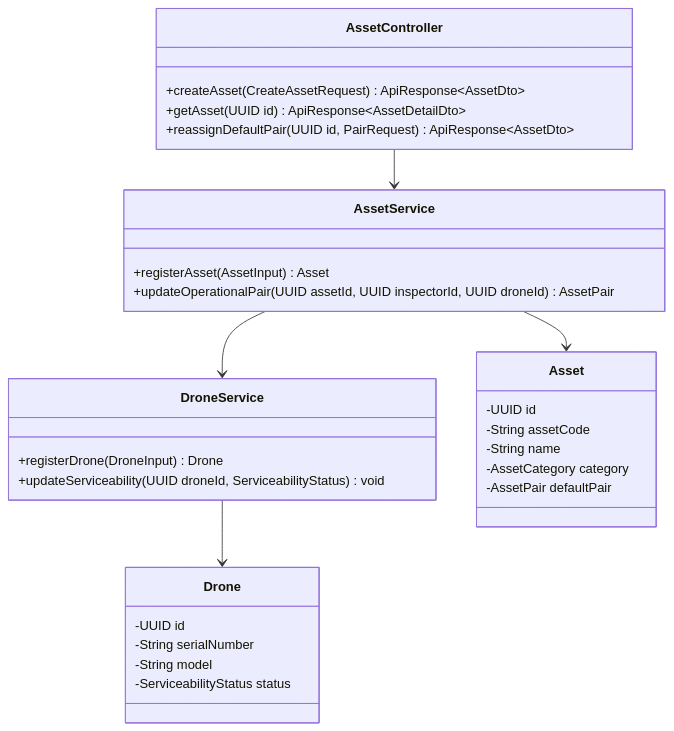
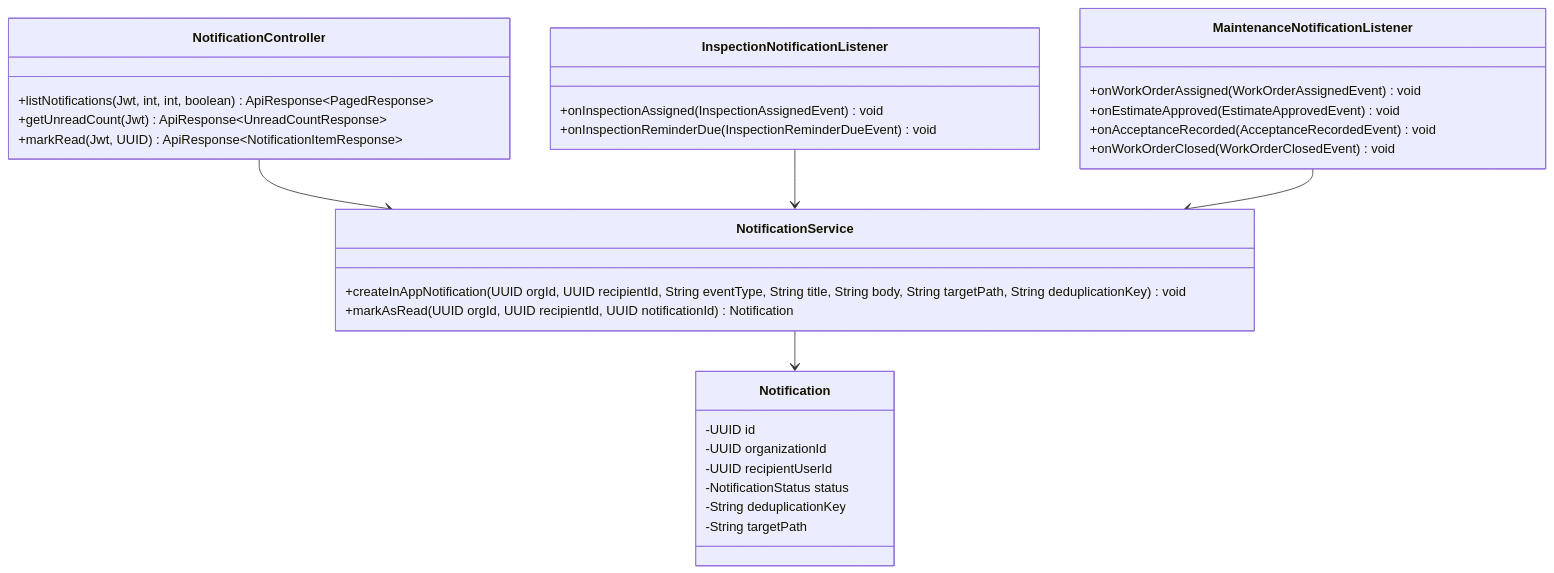
The seventh of 22 diagrams in reports/report-4-software-design-document/03-detailed-design.md (tungbach12/SmartDroneInspection-Docs), drawn with Mermaid before and after one commit. The commit also changed other lines of this file and 155 other files, not shown here.

````diff
--- a/reports/report-4-software-design-document/03-detailed-design.md
+++ b/reports/report-4-software-design-document/03-detailed-design.md
@@ -178,34 +285,35 @@
 ```mermaid
-%% title: Asset and Fleet Management Class Diagram
+%% title: Notification Inbox and Event Listeners Class Diagram
 classDiagram
-  class AssetController {
-    +createAsset(CreateAssetRequest) ApiResponse~AssetDto~
-    +getAsset(UUID id) ApiResponse~AssetDetailDto~
-    +reassignDefaultPair(UUID id, PairRequest) ApiResponse~AssetDto~
+  class NotificationController {
+    +listNotifications(Jwt, int, int, boolean) ApiResponse~PagedResponse~
+    +getUnreadCount(Jwt) ApiResponse~UnreadCountResponse~
+    +markRead(Jwt, UUID) ApiResponse~NotificationItemResponse~
   }
-  class AssetService {
-    +registerAsset(AssetInput) Asset
-    +updateOperationalPair(UUID assetId, UUID inspectorId, UUID droneId) AssetPair
+  class NotificationService {
+    +createInAppNotification(UUID orgId, UUID recipientId, String eventType, String title, String body, String targetPath, String deduplicationKey) void
+    +markAsRead(UUID orgId, UUID recipientId, UUID notificationId) Notification
   }
-  class DroneService {
-    +registerDrone(DroneInput) Drone
-    +updateServiceability(UUID droneId, ServiceabilityStatus) void
+  class InspectionNotificationListener {
+    +onInspectionAssigned(InspectionAssignedEvent) void
+    +onInspectionReminderDue(InspectionReminderDueEvent) void
   }
-  class Asset {
+  class MaintenanceNotificationListener {
+    +onWorkOrderAssigned(WorkOrderAssignedEvent) void
+    +onEstimateApproved(EstimateApprovedEvent) void
+    +onAcceptanceRecorded(AcceptanceRecordedEvent) void
+    +onWorkOrderClosed(WorkOrderClosedEvent) void
+  }
+  class Notification {
     -UUID id
-    -String assetCode
-    -String name
-    -AssetCategory category
-    -AssetPair defaultPair
+    -UUID organizationId
+    -UUID recipientUserId
+    -NotificationStatus status
+    -String deduplicationKey
+    -String targetPath
   }
-  class Drone {
-    -UUID id
-    -String serialNumber
-    -String model
-    -ServiceabilityStatus status
-  }
-  AssetController --> AssetService
-  AssetService --> Asset
-  AssetService --> DroneService
-  DroneService --> Drone
+  NotificationController --> NotificationService
+  InspectionNotificationListener --> NotificationService
+  MaintenanceNotificationListener --> NotificationService
+  NotificationService --> Notification
 ```
````
